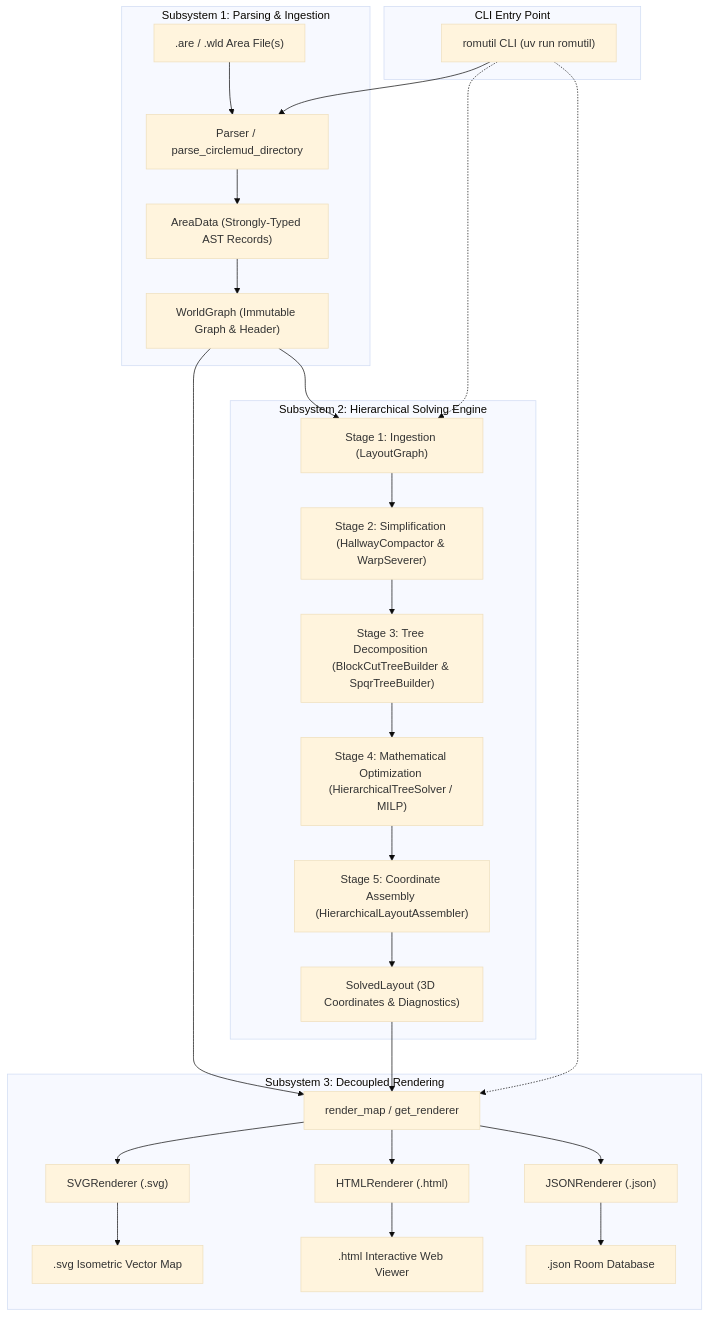
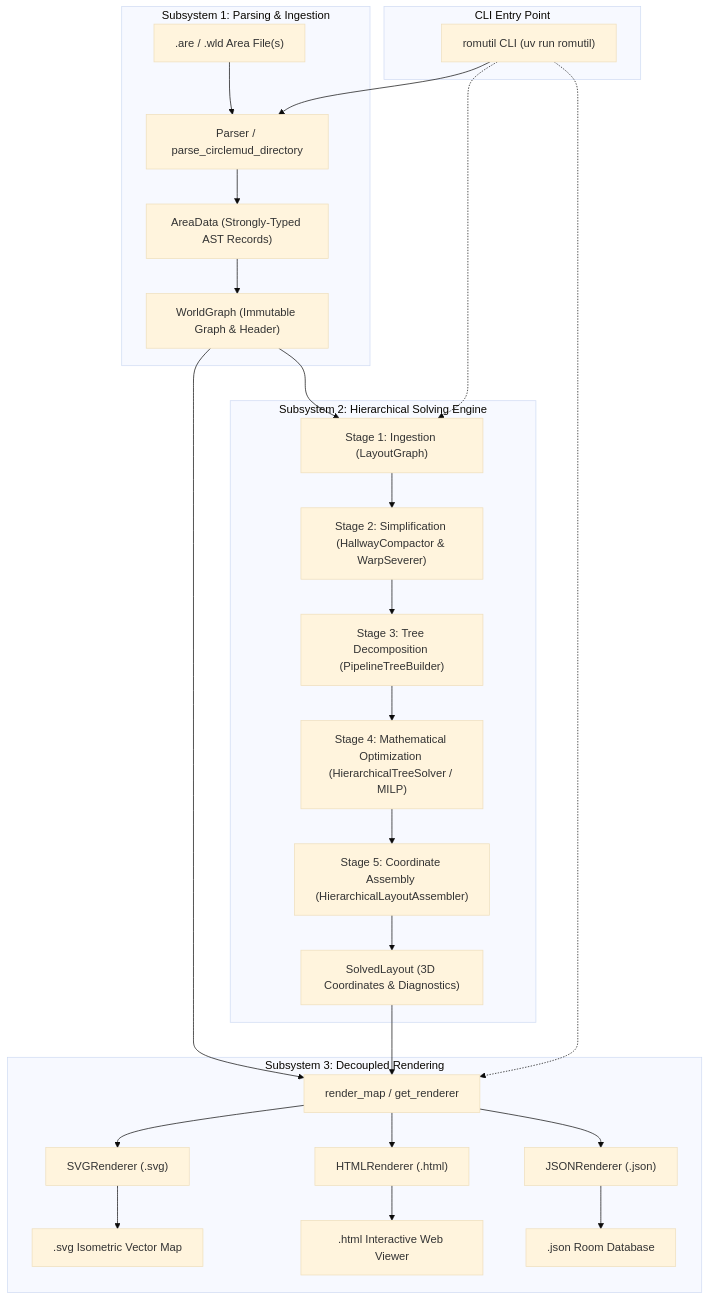
The first of 2 diagrams in docs/DESIGN.md (mitharen/ROMUtil), drawn with Mermaid (base theme) before and after one commit. The commit also changed other lines of this file and 12 other files, not shown here.

````diff
--- a/docs/DESIGN.md
+++ b/docs/DESIGN.md
@@ -27,34 +27,34 @@
 ```mermaid
 flowchart TD
     subgraph Subsystem1["Subsystem 1: Parsing & Ingestion"]
         A[".are / .wld Area File(s)"] --> B["Parser / parse_circlemud_directory"]
         B --> C["AreaData (Strongly-Typed AST Records)"]
         C --> D["WorldGraph (Immutable Graph & Header)"]
     end
 
     subgraph Subsystem2["Subsystem 2: Hierarchical Solving Engine"]
         D --> S1["Stage 1: Ingestion (LayoutGraph)"]
         S1 --> S2["Stage 2: Simplification (HallwayCompactor & WarpSeverer)"]
-        S2 --> S3["Stage 3: Tree Decomposition (BlockCutTreeBuilder & SpqrTreeBuilder)"]
+        S2 --> S3["Stage 3: Tree Decomposition (PipelineTreeBuilder)"]
         S3 --> S4["Stage 4: Mathematical Optimization (HierarchicalTreeSolver / MILP)"]
         S4 --> S5["Stage 5: Coordinate Assembly (HierarchicalLayoutAssembler)"]
         S5 --> L["SolvedLayout (3D Coordinates & Diagnostics)"]
     end
 
     subgraph Subsystem3["Subsystem 3: Decoupled Rendering"]
         D --> R["render_map / get_renderer"]
         L --> R
         R --> SVG["SVGRenderer (.svg)"]
         R --> HTML["HTMLRenderer (.html)"]
         R --> JSON["JSONRenderer (.json)"]
         SVG --> OutSVG[".svg Isometric Vector Map"]
         HTML --> OutHTML[".html Interactive Web Viewer"]
         JSON --> OutJSON[".json Room Database"]
     end
 
     subgraph CLIEntry["CLI Entry Point"]
         CLI["romutil CLI (uv run romutil)"] --> B
         CLI -.-> S1
         CLI -.-> R
     end
 ```
````
